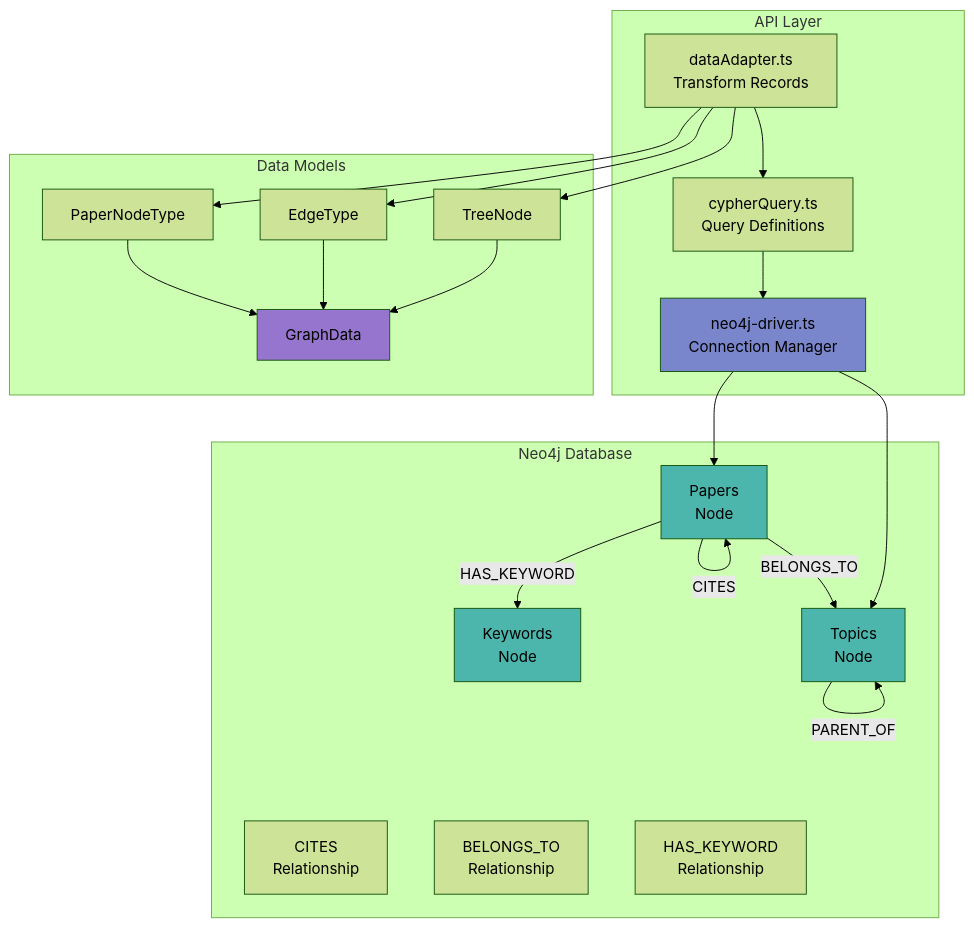
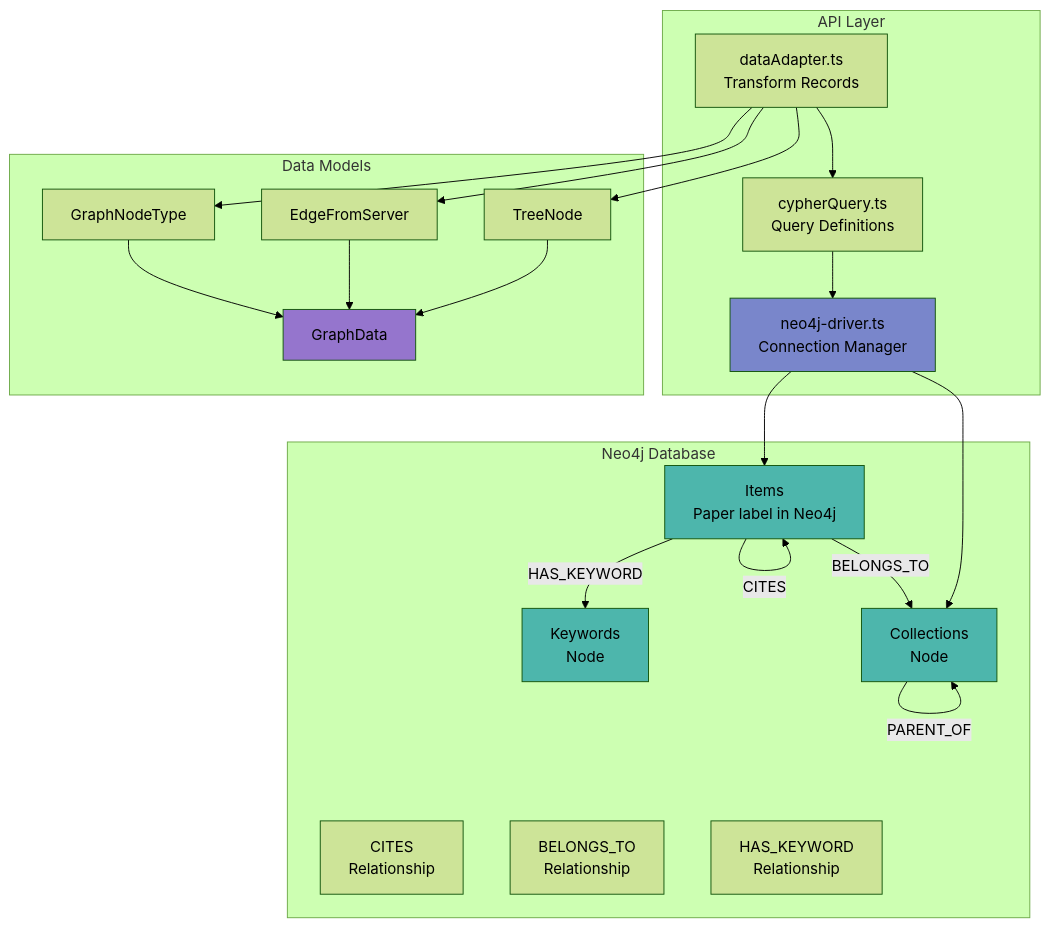
The sixth of 11 diagrams in ARCHITECTURE_DIAGRAMS.md (AstraZeneca/ontoverse-app), drawn with Mermaid (forest theme) before and after one commit. The commit also changed other lines of this file and 13 other files, not shown here.

````diff
--- a/ARCHITECTURE_DIAGRAMS.md
+++ b/ARCHITECTURE_DIAGRAMS.md
@@ -257,47 +256,47 @@
 ```mermaid
 graph TB
     subgraph "Neo4j Database"
-        A[Papers<br/>Node]
-        B[Topics<br/>Node]
+        A[Items<br/>Paper label in Neo4j]
+        B[Collections<br/>Node]
         C[Keywords<br/>Node]
         D[CITES<br/>Relationship]
         E[BELONGS_TO<br/>Relationship]
         F[HAS_KEYWORD<br/>Relationship]
     end
     
     A -->|CITES| A
     A -->|BELONGS_TO| B
     A -->|HAS_KEYWORD| C
     B -->|PARENT_OF| B
     
     subgraph "API Layer"
         G[neo4j-driver.ts<br/>Connection Manager]
         H[cypherQuery.ts<br/>Query Definitions]
         I[dataAdapter.ts<br/>Transform Records]
     end
     
     G --> A
     G --> B
     H --> G
     I --> H
     
     subgraph "Data Models"
-        J[PaperNodeType]
-        K[EdgeType]
+        J[GraphNodeType]
+        K[EdgeFromServer]
         L[TreeNode]
         M[GraphData]
     end
     
     I --> J
     I --> K
     I --> L
     J --> M
     K --> M
     L --> M
     
     style A fill:#4DB6AC
     style B fill:#4DB6AC
     style C fill:#4DB6AC
     style G fill:#7986CB
     style M fill:#9575CD
 ```
````
